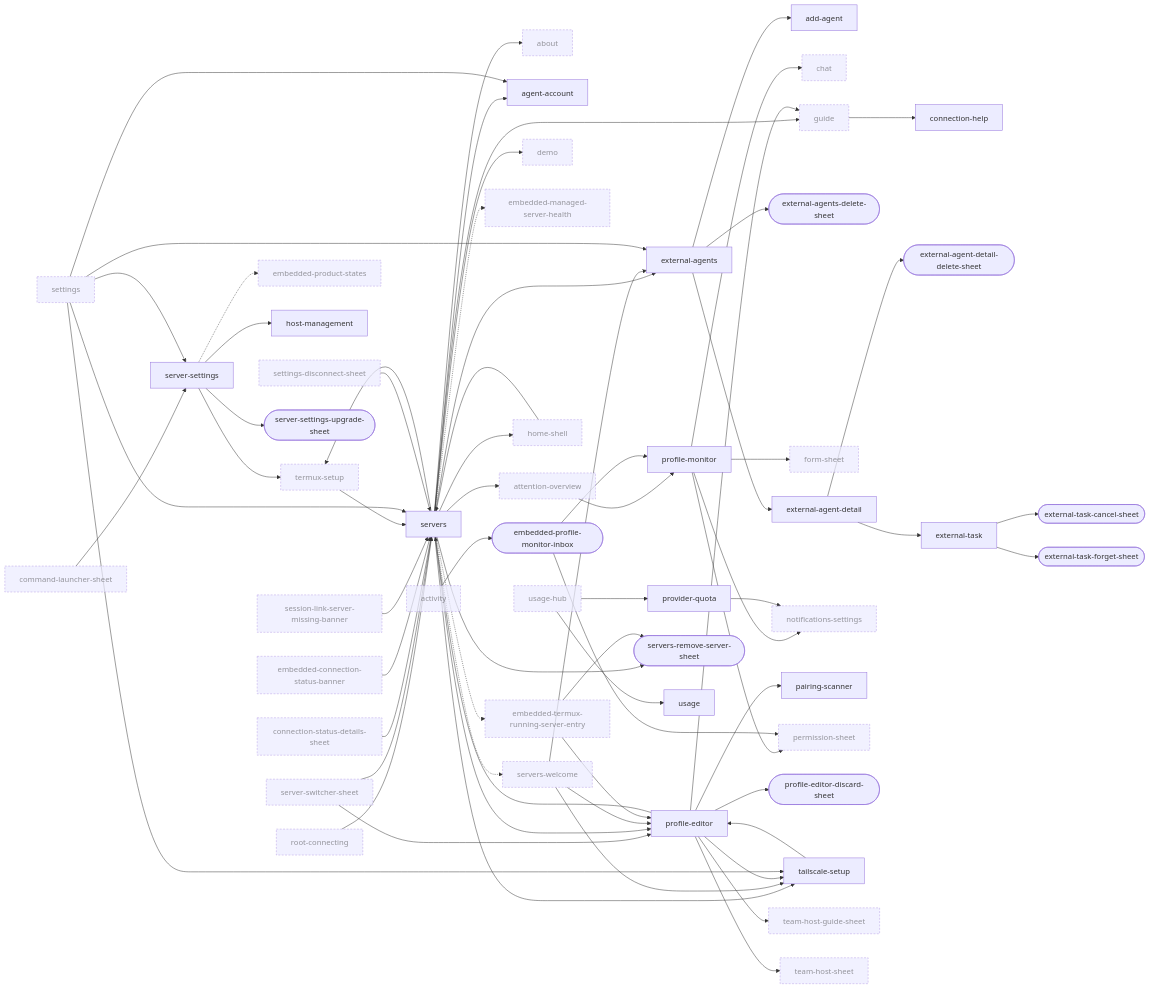
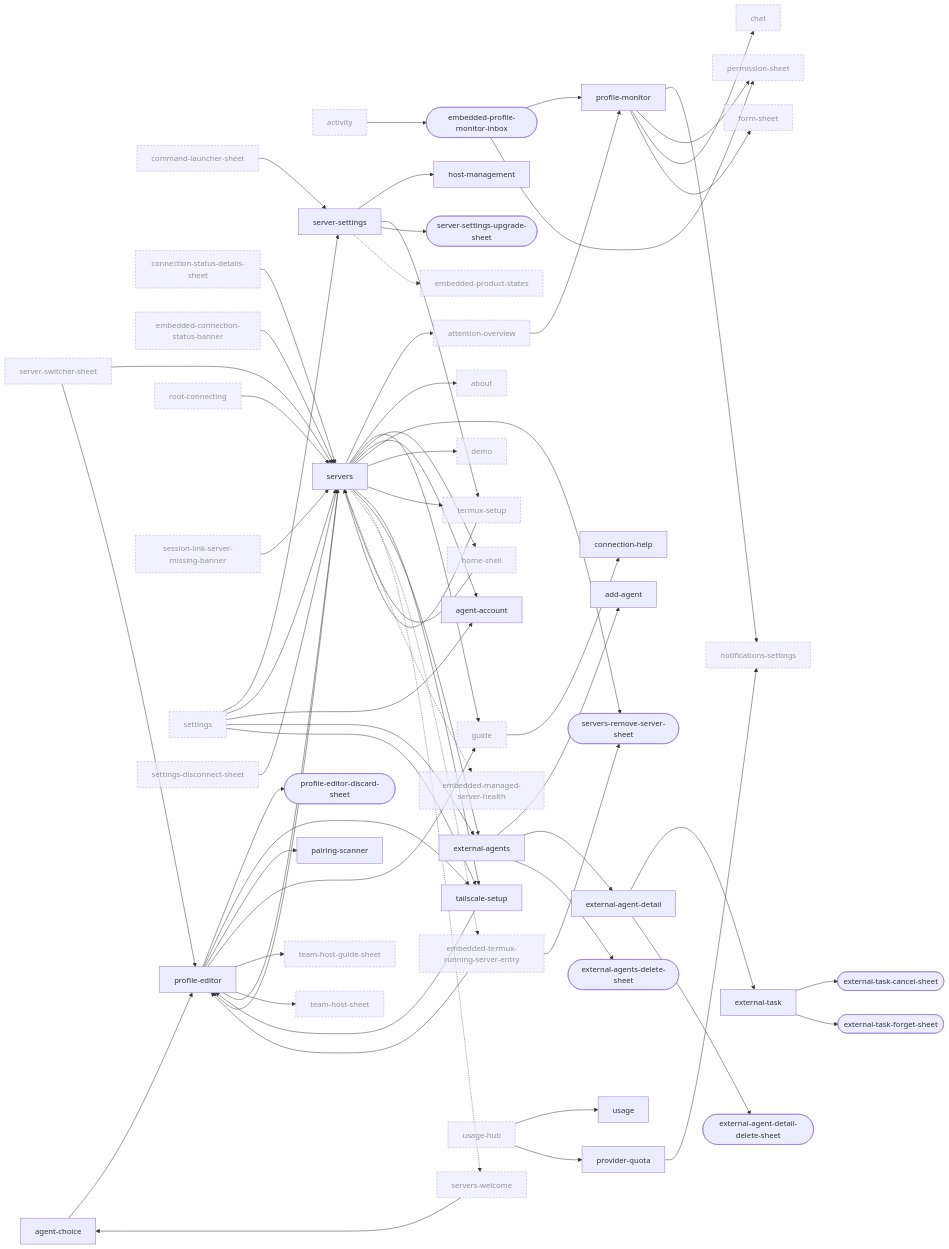
One commit to Breskott/opencode-mobile-next changed the fifth of 10 diagrams in docs/design/ui-ledger/navigation.md. Above: the diagram before and after it, drawn with Mermaid. The commit also changed other lines of this file and 6 other files, not shown here.

First line of the commit message:
docs(ledger): first run as a sequence

```diff
--- a/docs/design/ui-ledger/navigation.md
+++ b/docs/design/ui-ledger/navigation.md
@@ -668,6 +668,7 @@
   activity["activity"]:::ext
   add_agent["add-agent"]
   agent_account["agent-account"]
+  agent_choice["agent-choice"]
   attention_overview["attention-overview"]:::ext
   chat["chat"]:::ext
   command_launcher_sheet["command-launcher-sheet"]:::ext
@@ -733,9 +734,8 @@
   servers --> termux_setup
   servers --> tailscale_setup
   servers --> external_agents
-  servers_welcome --> profile_editor
-  servers_welcome --> tailscale_setup
-  servers_welcome --> external_agents
+  servers_welcome --> agent_choice
+  agent_choice --> profile_editor
   profile_editor --> profile_editor_discard_sheet
   profile_editor --> tailscale_setup
   profile_editor --> pairing_scanner
```
